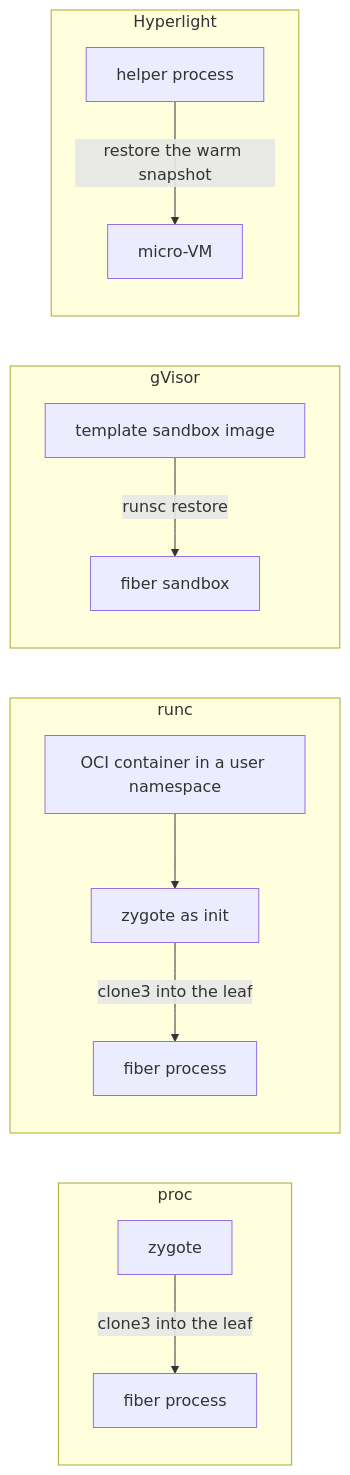
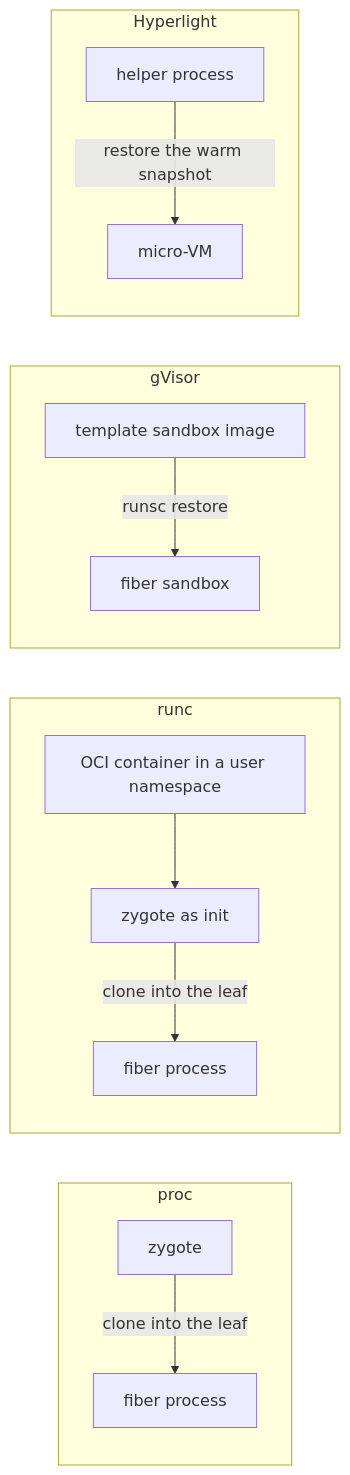
One commit to helayoty/fiberd changed the diagram in docs/design/backends.md. Above: the diagram before and after it, drawn with Mermaid. The commit also changed other lines of this file and 12 other files, not shown here.

````diff
--- a/docs/design/backends.md
+++ b/docs/design/backends.md
@@ -25,15 +25,15 @@
 ```mermaid
 flowchart LR
   subgraph proc["proc"]
-    Z1[zygote] -->|clone3 into the leaf| F1[fiber process]
+    Z1[zygote] -->|clone into the leaf| F1[fiber process]
   end
   subgraph runc["runc"]
-    C["OCI container in a user namespace"] --> Z2[zygote as init] -->|clone3 into the leaf| F2[fiber process]
+    C["OCI container in a user namespace"] --> Z2[zygote as init] -->|clone into the leaf| F2[fiber process]
   end
   subgraph gvisor["gVisor"]
     T3[template sandbox image] -->|runsc restore| F3[fiber sandbox]
   end
   subgraph hyperlight["Hyperlight"]
     H[helper process] -->|restore the warm snapshot| F4[micro-VM]
   end
 ```
````
